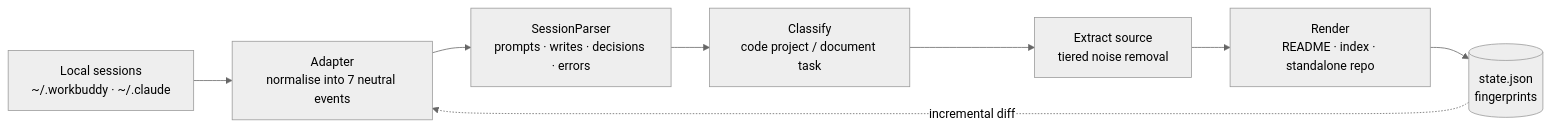
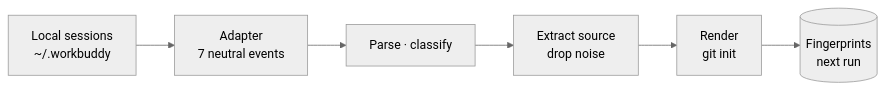
One commit to winrich/dev-project-archivist changed the first of 2 diagrams in README.en.md. Above: the diagram before and after it, drawn with Mermaid (neutral theme). The commit also changed other lines of this file and 1 other file, not shown here.

First line of the commit message:
docs: 精修两张 mermaid 图，消除断字与错位

````diff
--- a/README.en.md
+++ b/README.en.md
@@ -104,10 +104,4 @@
 ```mermaid
 flowchart LR
-  A["Local sessions<br/>~/.workbuddy · ~/.claude"] --> B["Adapter<br/>normalise into 7 neutral events"]
-  B --> C["SessionParser<br/>prompts · writes · decisions · errors"]
-  C --> D["Classify<br/>code project / document task"]
-  D --> E["Extract source<br/>tiered noise removal"]
-  E --> F["Render<br/>README · index · standalone repo"]
-  F --> G[("state.json<br/>fingerprints")]
-  G -. incremental diff .-> B
+  A["Local sessions<br/>~/.workbuddy"] --> B["Adapter<br/>7 neutral events"] --> C["Parse · classify"] --> D["Extract source<br/>drop noise"] --> E["Render<br/>git init"] --> G[("Fingerprints<br/>next run")]
 ```
````
